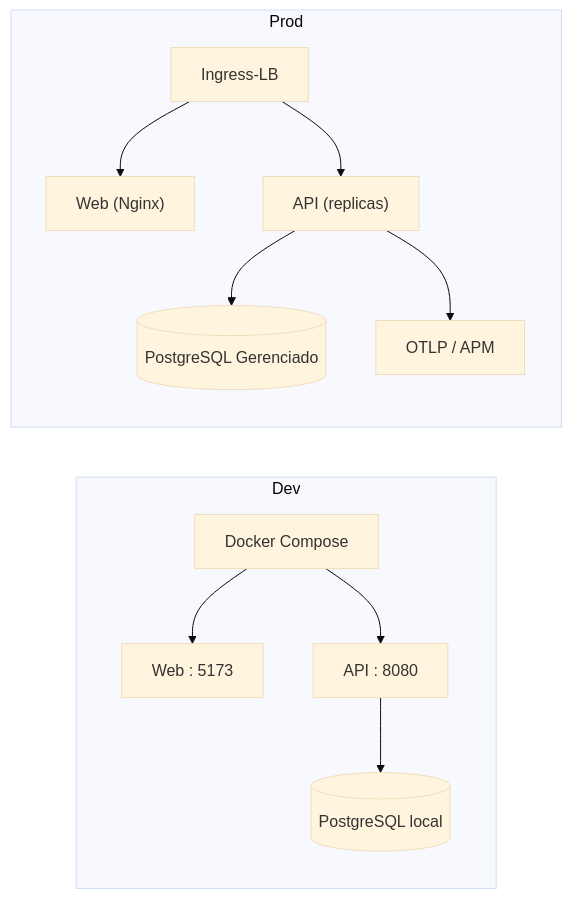
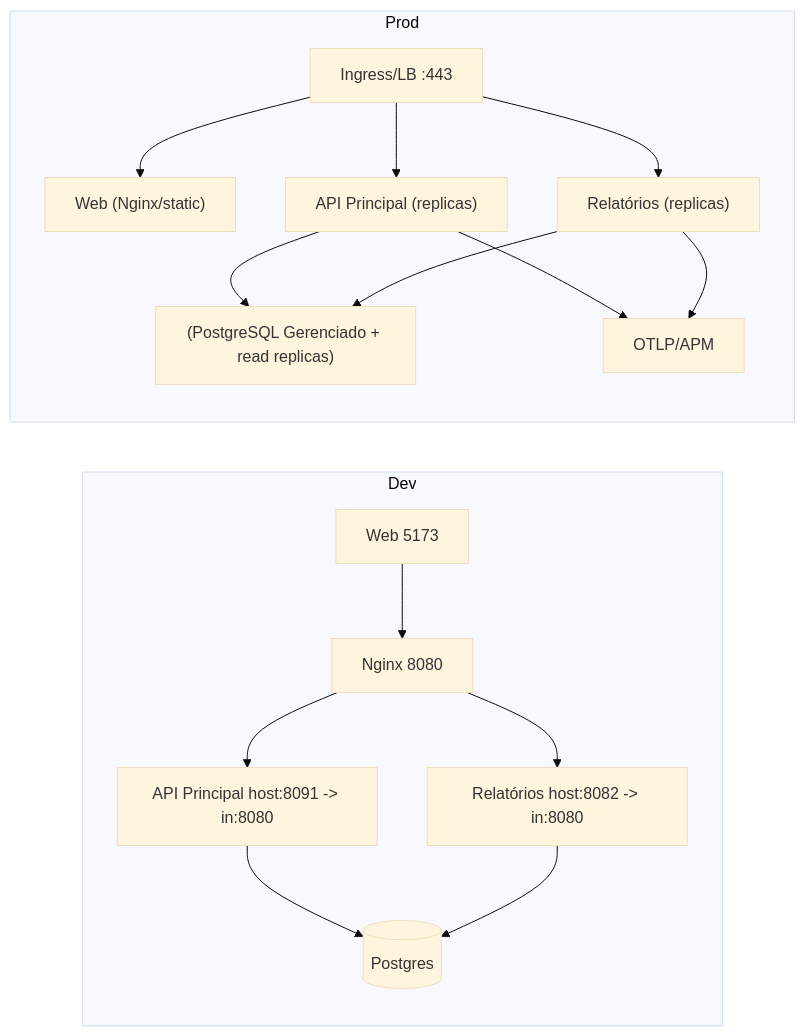
The seventh of 7 diagrams in README.md (caiquefirefox/solution-architecture-challenge), drawn with Mermaid (base theme) before and after one commit. The commit also changed other lines of this file, not shown here.

````diff
--- a/README.md
+++ b/README.md
@@ -253,24 +256,31 @@
   ```mermaid
   flowchart LR
     subgraph Dev
-      Docker["Docker Compose"]
-      WebD["Web : 5173"]
-      ApiD["API : 8080"]
-      PgD[("PostgreSQL local")]
-      Docker --> WebD
-      Docker --> ApiD
-      ApiD --> PgD
+      DevFE[Web 5173]
+      DevNX[Nginx 8080]
+      DevAPI[API Principal host:8091 -> in:8080]
+      DevREP[Relatórios host:8082 -> in:8080]
+      DevPG[(Postgres)]
+      DevFE --> DevNX
+      DevNX --> DevAPI
+      DevNX --> DevREP
+      DevAPI --> DevPG
+      DevREP --> DevPG
     end
   
     subgraph Prod
-      Ingress["Ingress-LB"]
-      WebP["Web (Nginx)"]
-      ApiP["API (replicas)"]
-      PgP[("PostgreSQL Gerenciado")]
-      APM["OTLP / APM"]
-      Ingress --> WebP
-      Ingress --> ApiP
+      Edge[Ingress/LB :443]
+      WebP["Web (Nginx/static)"]
+      ApiP["API Principal (replicas)"]
+      RepP["Relatórios (replicas)"]
+      PgP["(PostgreSQL Gerenciado + read replicas)"]
+      APM[OTLP/APM]
+      Edge --> WebP
+      Edge --> ApiP
+      Edge --> RepP
       ApiP --> PgP
+      RepP --> PgP
       ApiP --> APM
+      RepP --> APM
     end
   ```
````
